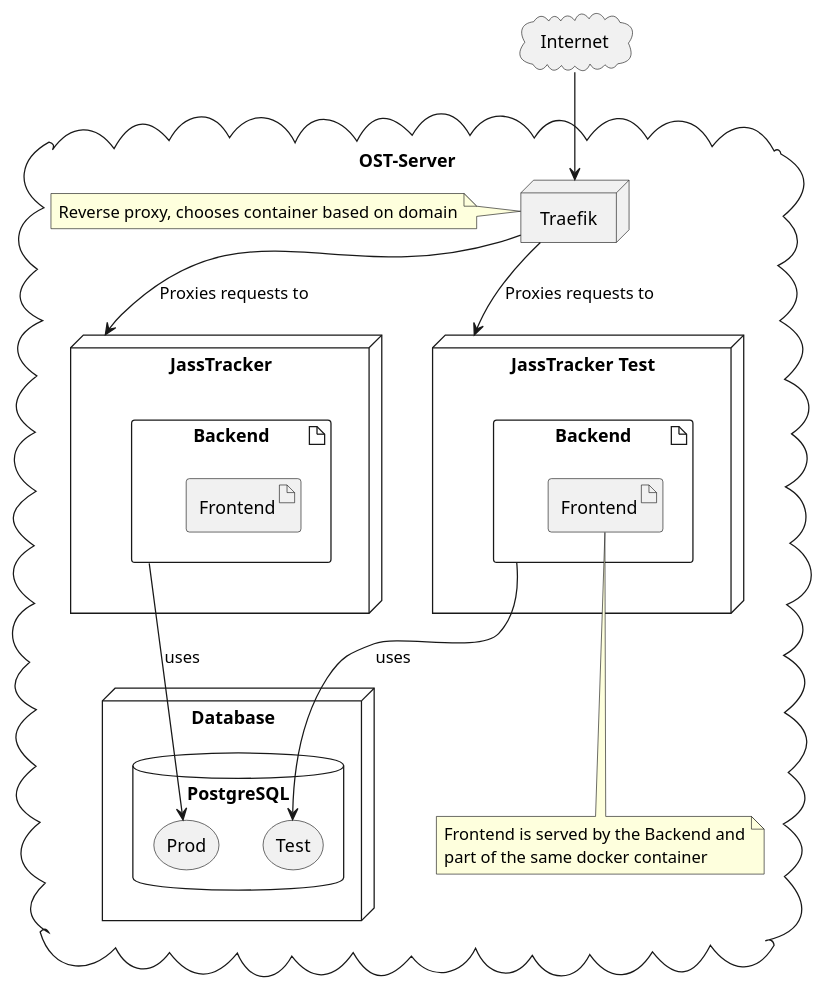
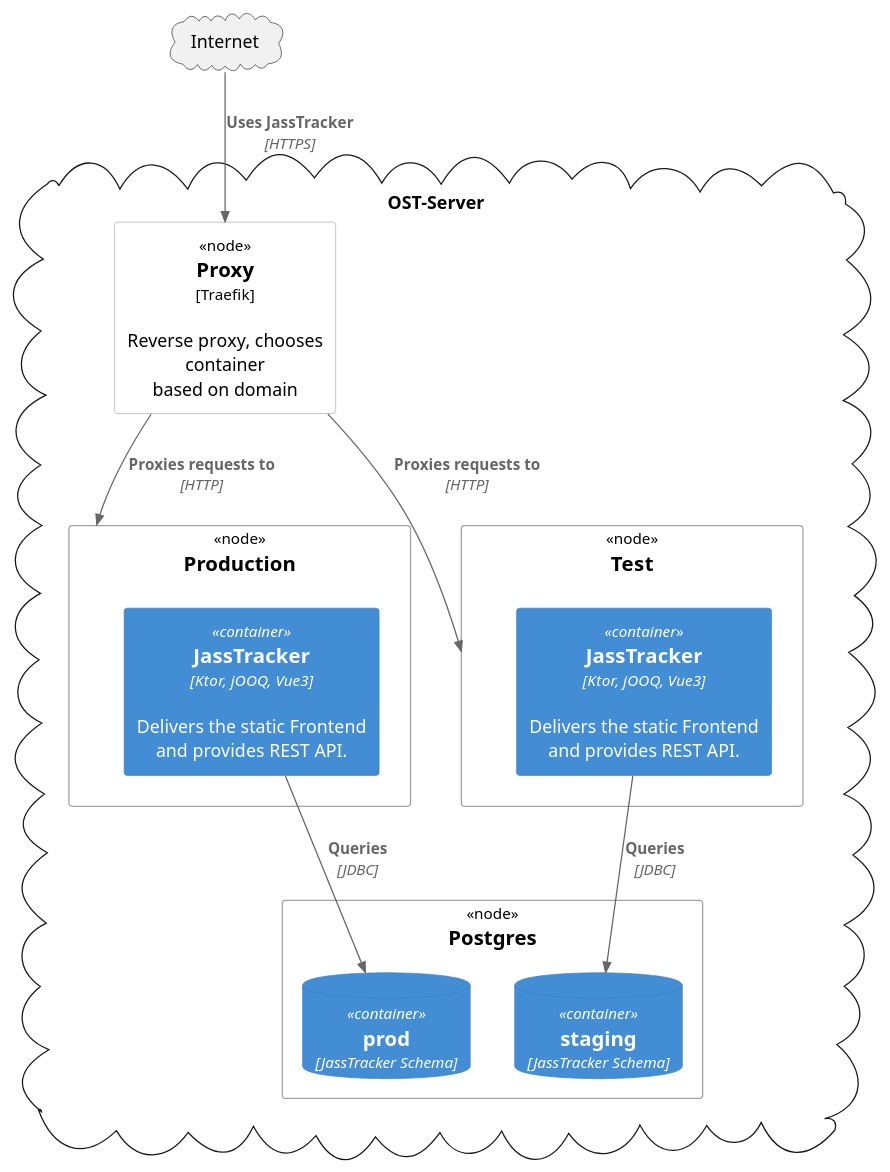
Before and after one commit to PascalHonegger/JassTracker: the diagram in Documentation/src/resources/diagrams/c4-deployment.puml, drawn with PlantUML. The commit also changed 6 other files, not shown here.

Commit message:
feat(doc): extend architecture documentation

```diff
--- a/Documentation/src/resources/diagrams/c4-deployment.puml
+++ b/Documentation/src/resources/diagrams/c4-deployment.puml
@@ -1,48 +1,34 @@
 @startuml
+
+!include <C4/C4_Deployment>
 
 cloud Internet as internet {
 }
 
 cloud OST-Server {
 
-    node "Traefik" as proxy
-    note left
-      Reverse proxy, chooses container based on domain
-    end note
+  Node(proxy, "Proxy", "Traefik", "Reverse proxy, chooses container based on domain")
 
-    node "JassTracker" as prod {
-      artifact Backend as backendProd {
-        artifact "Frontend" as frontendProd {
-        }
-      }
-    }
+  Node(prod, "Production") {
+    Container(jassProd, "JassTracker", "Ktor, jOOQ, Vue3", "Delivers the static Frontend and provides REST API.")
+  }
 
-    node "JassTracker Test" as test {
-      artifact Backend as backendTest {
-        artifact "Frontend" as frontendTest {
-        }
-      }
-    }
+  Node(test, "Test") {
+    Container(jassTest, "JassTracker", "Ktor, jOOQ, Vue3", "Delivers the static Frontend and provides REST API.")
+  }
 
-    note "Frontend is served by the Backend and\npart of the same docker container" as n1
-    frontendTest .. n1
-
-    node Database as db {
-      database PostgreSQL {
-        storage Prod as dbProd {
-        }
-        storage Test as dbTest {
-        }
-      }
-    }
+  Node(postgres, "Postgres") {
+    ContainerDb(dbProd, "prod", "JassTracker Schema")
+    ContainerDb(dbTest, "staging", "JassTracker Schema")
+  }
 }
 
-internet --> proxy
+Rel(internet, proxy, "Uses JassTracker", "HTTPS")
 
-proxy --> prod : Proxies requests to
-proxy --> test : Proxies requests to
+Rel(proxy, prod, "Proxies requests to", "HTTP")
+Rel(proxy, test, "Proxies requests to", "HTTP")
 
-backendProd --> dbProd : uses
-backendTest --> dbTest : uses
+Rel(jassProd, dbProd, "Queries", "JDBC")
+Rel(jassTest, dbTest, "Queries", "JDBC")
 
 @endum
```
